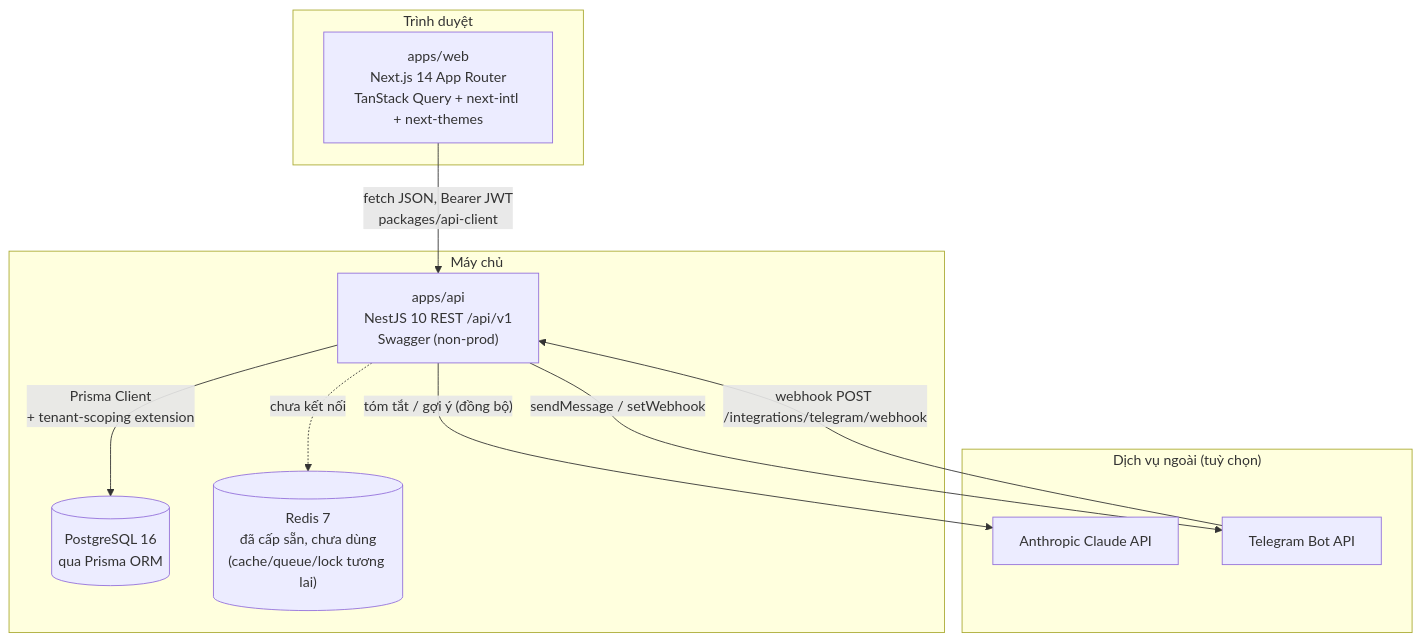
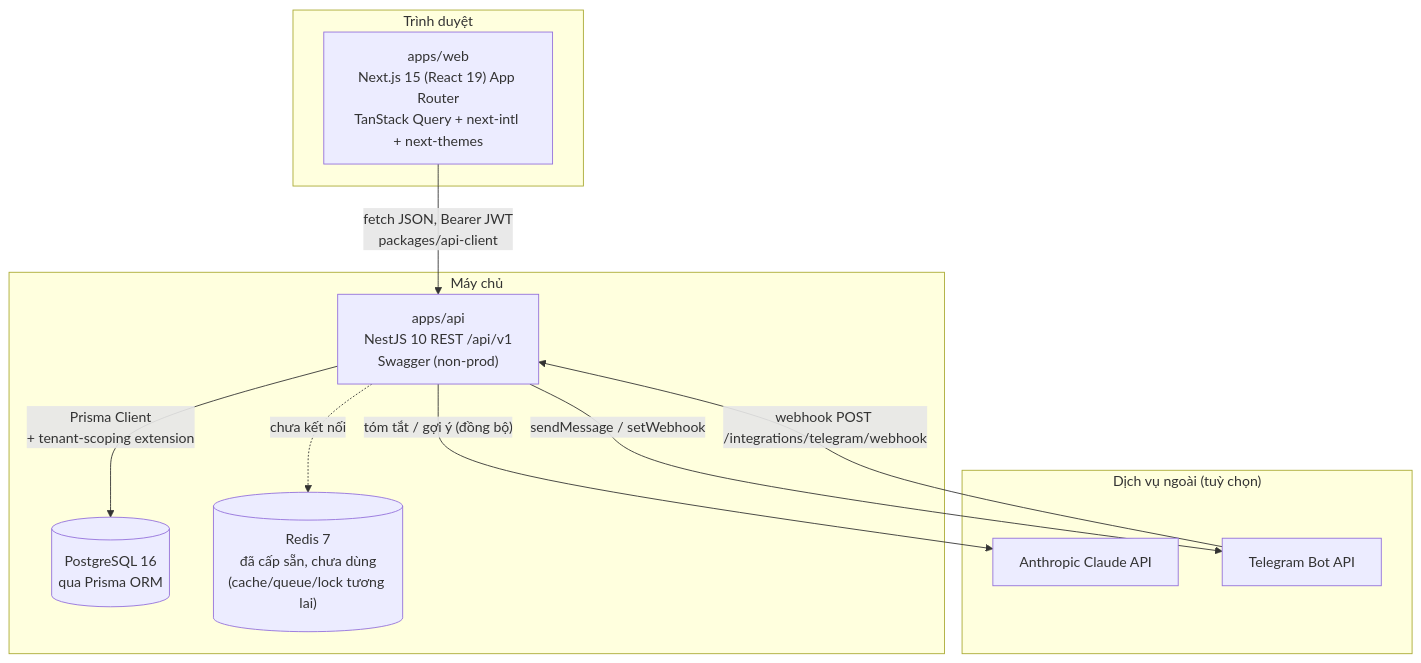
Before and after one commit to greyhub/pmtool: the fourth of 14 diagrams in docs/kien-truc.md, drawn with Mermaid. The commit also changed other lines of this file and 10 other files, not shown here.

First line of the commit message:
chore(deps): upgrade Next.js 14 -> 15.5 and React 18 -> 19

````diff
--- a/docs/kien-truc.md
+++ b/docs/kien-truc.md
@@ -195,24 +195,24 @@
 ```mermaid
 flowchart TB
     subgraph CLIENT["Trình duyệt"]
-        WEB["apps/web<br/>Next.js 14 App Router<br/>TanStack Query + next-intl + next-themes"]
+        WEB["apps/web<br/>Next.js 15 (React 19) App Router<br/>TanStack Query + next-intl + next-themes"]
     end
 
     subgraph SERVER["Máy chủ"]
         API["apps/api<br/>NestJS 10 REST /api/v1<br/>Swagger (non-prod)"]
         DB[("PostgreSQL 16<br/>qua Prisma ORM")]
         REDIS[("Redis 7<br/>đã cấp sẵn, chưa dùng<br/>(cache/queue/lock tương lai)")]
     end
 
     subgraph EXTERNAL["Dịch vụ ngoài (tuỳ chọn)"]
         CLAUDE["Anthropic Claude API"]
         TG["Telegram Bot API"]
     end
 
     WEB -- "fetch JSON, Bearer JWT<br/>packages/api-client" --> API
     API -- "Prisma Client<br/>+ tenant-scoping extension" --> DB
     API -. "chưa kết nối" .-> REDIS
     API -- "tóm tắt / gợi ý (đồng bộ)" --> CLAUDE
     API -- "sendMessage / setWebhook" --> TG
     TG -- "webhook POST /integrations/telegram/webhook" --> API
 ```
````
